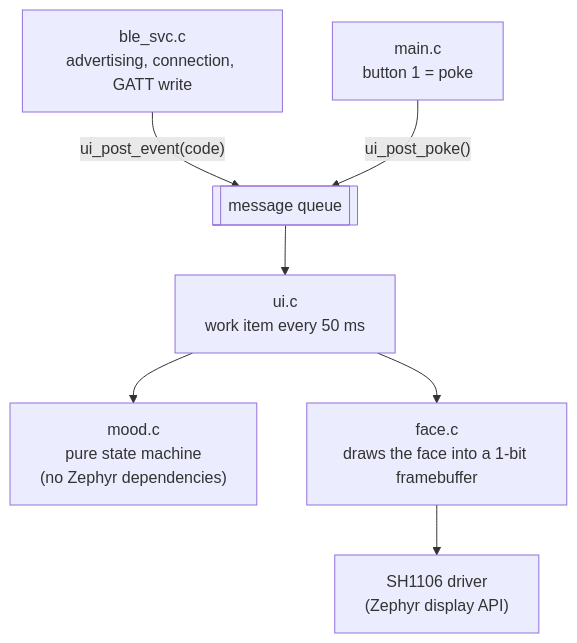
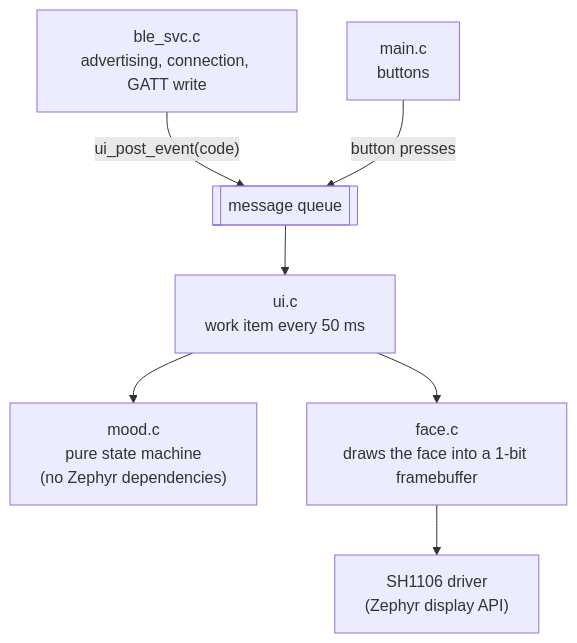
Before and after one commit to espenrog/claude-buddy: the fifth of 5 diagrams in docs/ARCHITECTURE.md, drawn with Mermaid. The commit also changed 5 other files, not shown here.

````diff
--- a/docs/ARCHITECTURE.md
+++ b/docs/ARCHITECTURE.md
@@ -85,9 +85,9 @@
 ```mermaid
 flowchart TB
     BLE["ble_svc.c<br/>advertising, connection, GATT write"] -->|"ui_post_event(code)"| Q[["message queue"]]
-    BTN["main.c<br/>button 1 = poke"] -->|"ui_post_poke()"| Q
+    BTN["main.c<br/>buttons"] -->|"button presses"| Q
     Q --> UI["ui.c<br/>work item every 50 ms"]
     UI --> MOOD["mood.c<br/>pure state machine<br/>(no Zephyr dependencies)"]
     UI --> FACE["face.c<br/>draws the face into a 1-bit framebuffer"]
     FACE --> DISP["SH1106 driver<br/>(Zephyr display API)"]
 ```
````
